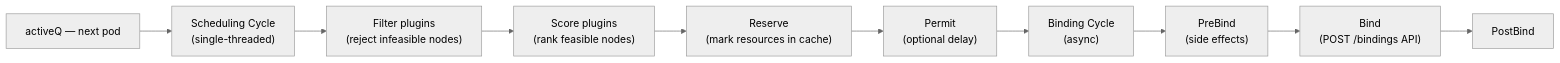
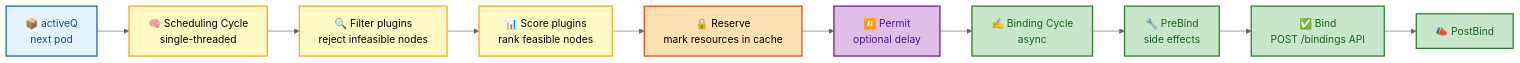
One commit to rakesh-budde/devops-guide changed the fourth of 4 diagrams in kubernetes/05-SCHEDULER-INTERNALS.md. Above: the diagram before and after it, drawn with Mermaid (neutral theme). The commit also changed other lines of this file and 73 other files, not shown here.

````diff
--- a/kubernetes/05-SCHEDULER-INTERNALS.md
+++ b/kubernetes/05-SCHEDULER-INTERNALS.md
@@ -26,12 +125,18 @@
 ```mermaid
-graph LR
-    Q["activeQ — next pod"] --> SC["Scheduling Cycle\n(single-threaded)"]
-    SC --> Filter["Filter plugins\n(reject infeasible nodes)"]
-    Filter --> Score["Score plugins\n(rank feasible nodes)"]
-    Score --> Reserve["Reserve\n(mark resources in cache)"]
-    Reserve --> Permit["Permit\n(optional delay)"]
-    Permit --> BC["Binding Cycle\n(async)"]
-    BC --> PreBind["PreBind\n(side effects)"]
-    PreBind --> Bind["Bind\n(POST /bindings API)"]
-    Bind --> PostBind["PostBind"]
+flowchart LR
+    Q["📦 activeQ<br/>next pod"]:::start --> SC["🧠 Scheduling Cycle<br/>single-threaded"]:::proc
+    SC --> Filter["🔍 Filter plugins<br/>reject infeasible nodes"]:::proc
+    Filter --> Score["📊 Score plugins<br/>rank feasible nodes"]:::proc
+    Score --> Reserve["🔒 Reserve<br/>mark resources in cache"]:::store
+    Reserve --> Permit["⏸️ Permit<br/>optional delay"]:::ctrl
+    Permit --> BC["✍️ Binding Cycle<br/>async"]:::good
+    BC --> PreBind["🔧 PreBind<br/>side effects"]:::good
+    PreBind --> Bind["✅ Bind<br/>POST /bindings API"]:::good
+    Bind --> PostBind["📣 PostBind"]:::good
+    classDef start fill:#e3f2fd,stroke:#1565c0,color:#0d47a1,stroke-width:2px;
+    classDef proc fill:#fff9c4,stroke:#f9a825,color:#000,stroke-width:2px;
+    classDef good fill:#c8e6c9,stroke:#2e7d32,color:#1b5e20,stroke-width:2px;
+    classDef bad fill:#ffcdd2,stroke:#c62828,color:#b71c1c,stroke-width:2px;
+    classDef ctrl fill:#e1bee7,stroke:#6a1b9a,color:#4a148c,stroke-width:2px;
+    classDef store fill:#ffe0b2,stroke:#e65100,color:#000,stroke-width:2px;
 ```
````
